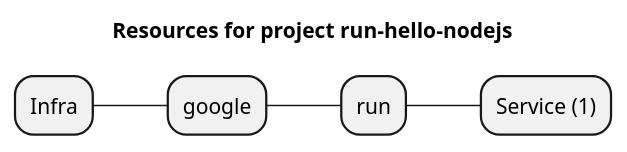
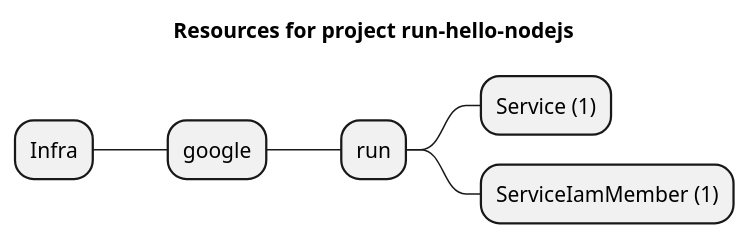
The diagram in examples/google/run/run-hello-nodejs/artifacts/resources-mindmap.puml (grucloud/grucloud), drawn with PlantUML before and after one commit. The commit also changed 10 other files, not shown here.

```diff
--- a/examples/google/run/run-hello-nodejs/artifacts/resources-mindmap.puml
+++ b/examples/google/run/run-hello-nodejs/artifacts/resources-mindmap.puml
@@ -1,8 +1,9 @@
 @startmindmap
 title Resources for project run-hello-nodejs
 skinparam monochrome true
 + Infra
 ++ google
 +++ run
 ++++ Service (1)
+++++ ServiceIamMember (1)
 @endmindmap
```
